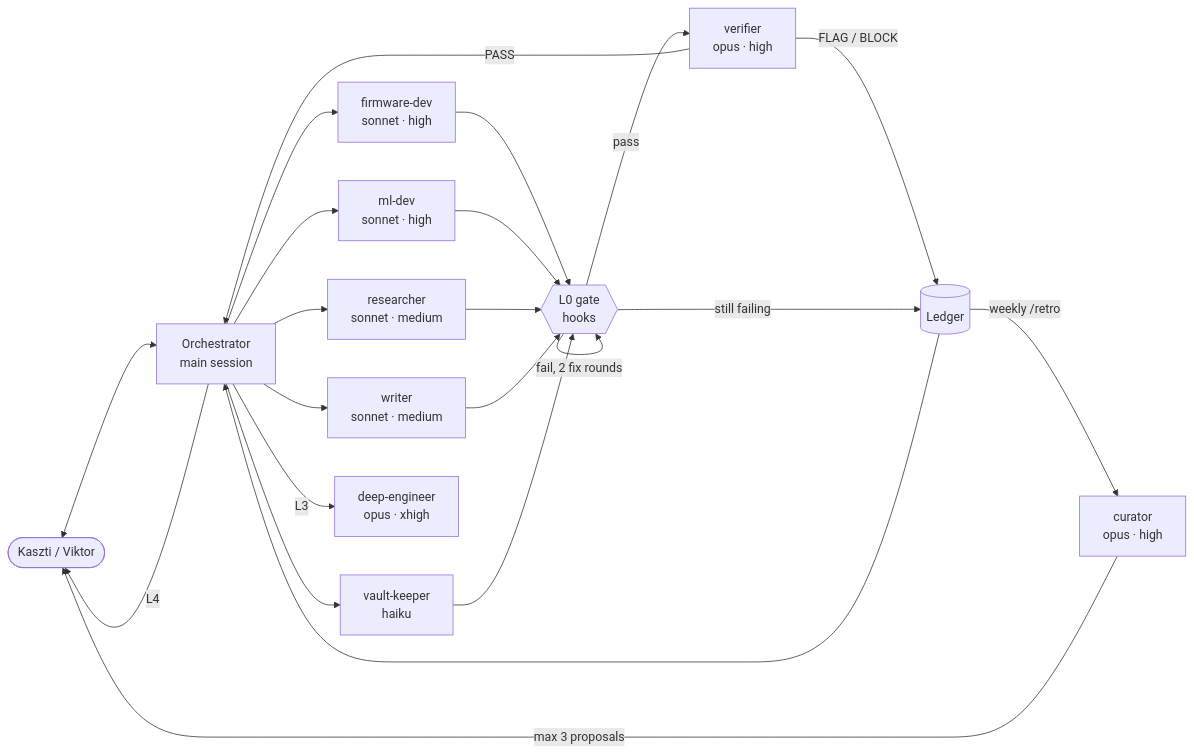
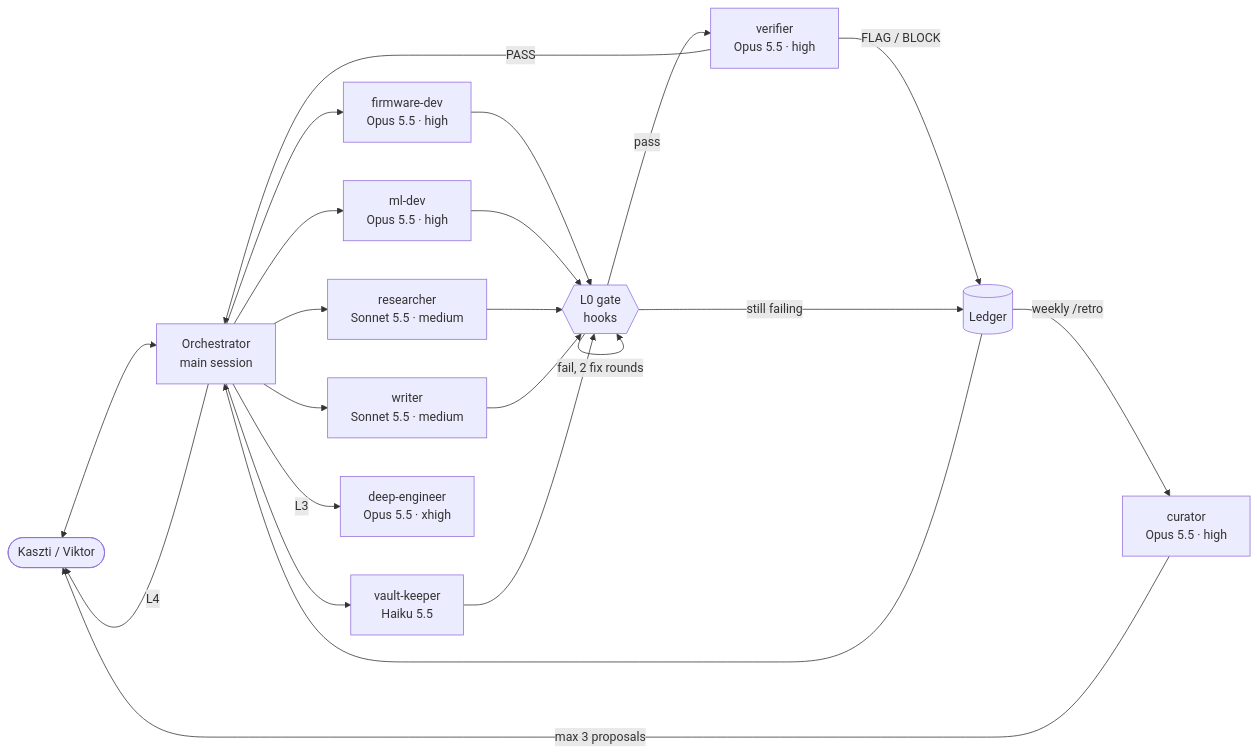
One commit to Kaszti49/Rezonating changed the diagram in 90 Meta/Agents/Agent system.md. Above: the diagram before and after it, drawn with Mermaid. The commit also changed other lines of this file and 24 other files, not shown here.

````diff
--- a/90 Meta/Agents/Agent system.md
+++ b/90 Meta/Agents/Agent system.md
@@ -19,20 +19,20 @@
 ```mermaid
 flowchart LR
   You([Kaszti / Viktor]) <--> O[Orchestrator<br/>main session]
-  O --> FW[firmware-dev<br/>sonnet · high]
-  O --> ML[ml-dev<br/>sonnet · high]
-  O --> RS[researcher<br/>sonnet · medium]
-  O --> WR[writer<br/>sonnet · medium]
-  O --> VK[vault-keeper<br/>haiku]
+  O --> FW[firmware-dev<br/>Opus 5.5 · high]
+  O --> ML[ml-dev<br/>Opus 5.5 · high]
+  O --> RS[researcher<br/>Sonnet 5.5 · medium]
+  O --> WR[writer<br/>Sonnet 5.5 · medium]
+  O --> VK[vault-keeper<br/>Haiku 5.5]
   FW & ML & RS & WR & VK --> G{{L0 gate<br/>hooks}}
   G -->|fail, 2 fix rounds| G
-  G -->|pass| V[verifier<br/>opus · high]
+  G -->|pass| V[verifier<br/>Opus 5.5 · high]
   V -->|PASS| O
   V -->|FLAG / BLOCK| LG[(Ledger)]
   G -->|still failing| LG
   LG --> O
-  O -->|L3| DE[deep-engineer<br/>opus · xhigh]
+  O -->|L3| DE[deep-engineer<br/>Opus 5.5 · xhigh]
   O -->|L4| You
-  LG -->|weekly /retro| C[curator<br/>opus · high]
+  LG -->|weekly /retro| C[curator<br/>Opus 5.5 · high]
   C -->|max 3 proposals| You
 ```
````
